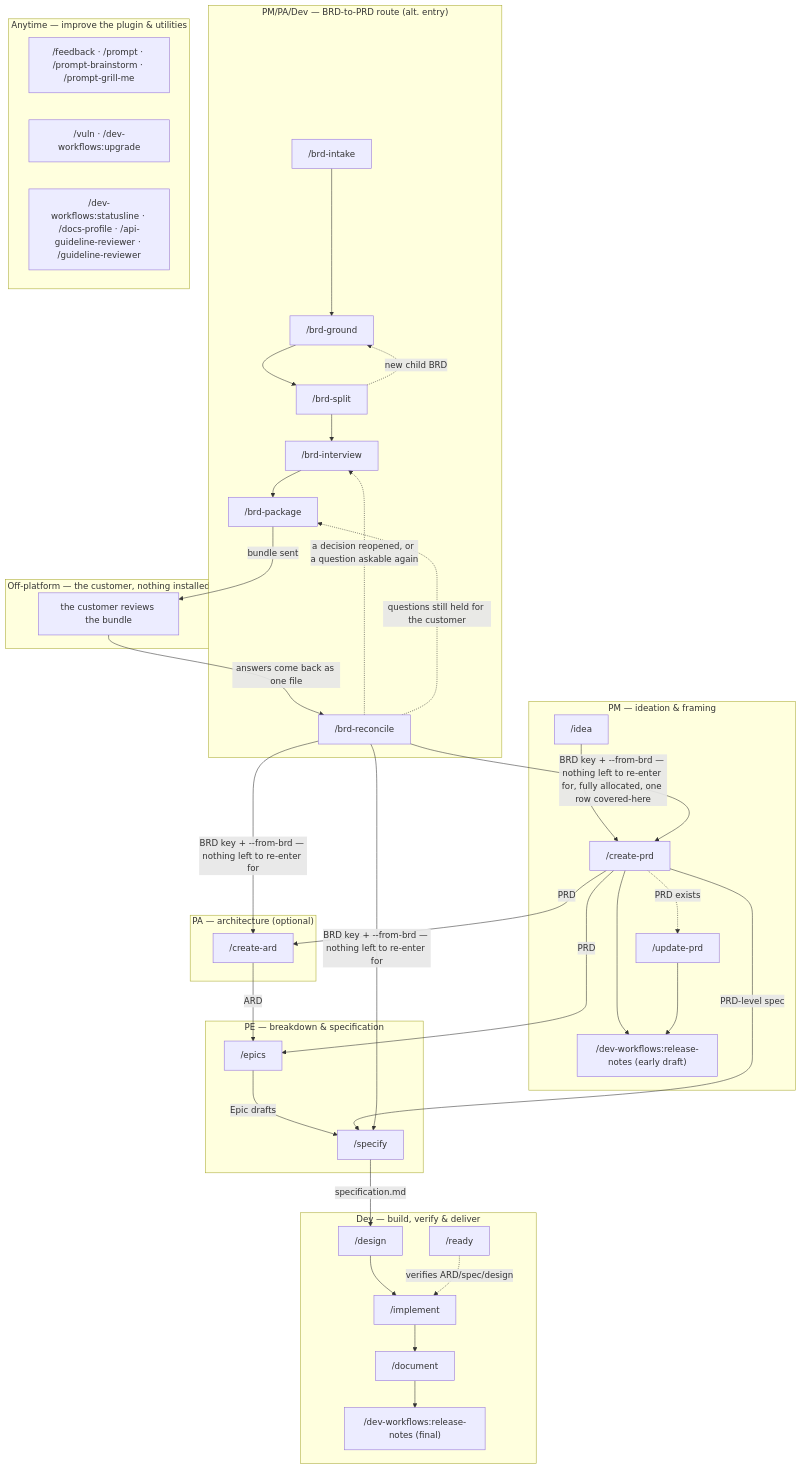
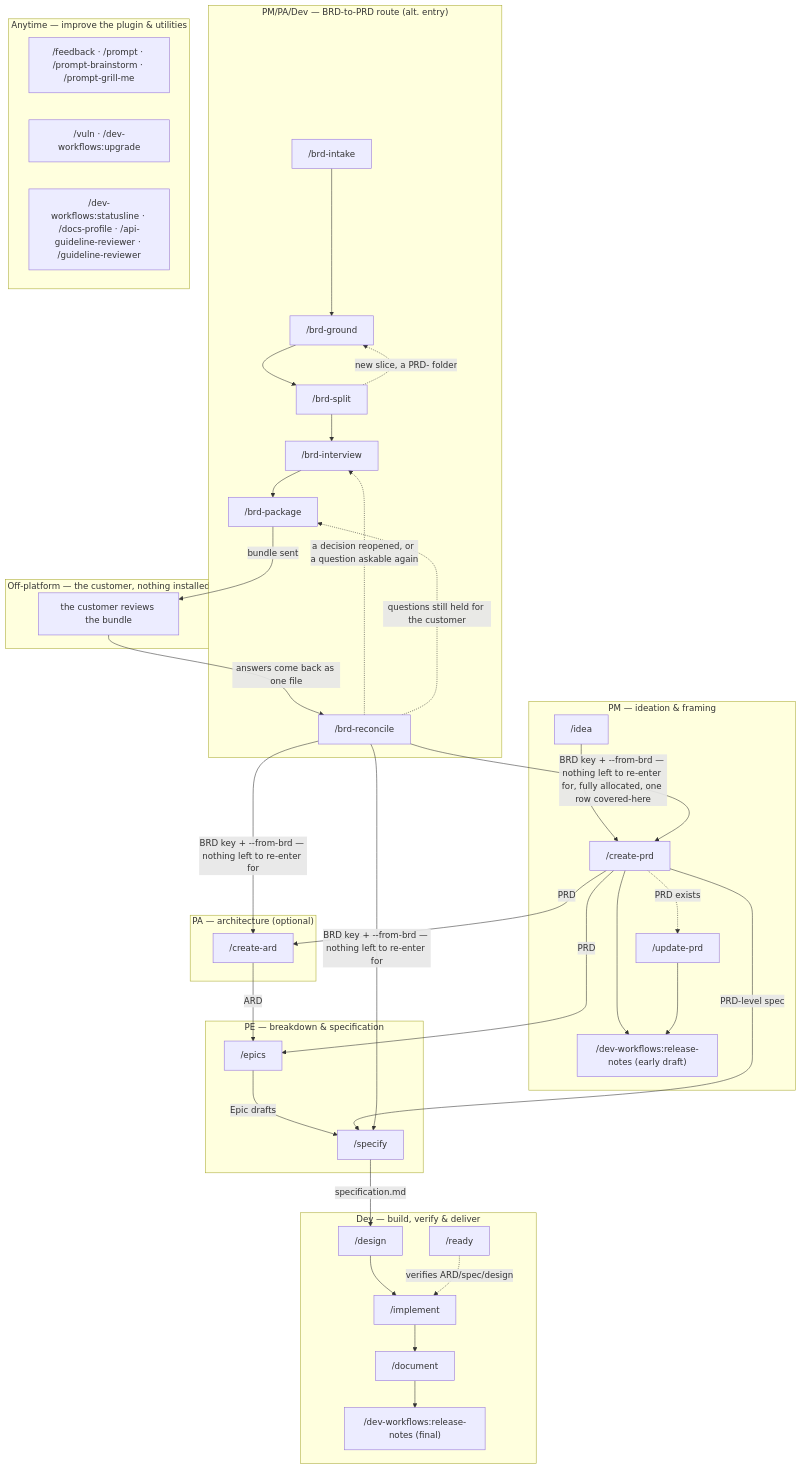
The diagram in plugins/dev-workflows/docs/workflow.md (ihudak/ihudak-claude-plugins), drawn with Mermaid before and after one commit. The commit also changed 19 other files, not shown here.

````diff
--- a/plugins/dev-workflows/docs/workflow.md
+++ b/plugins/dev-workflows/docs/workflow.md
@@ -5,51 +5,51 @@
 ```mermaid
 flowchart TD
     subgraph PM["PM — ideation & framing"]
         idea["/idea"] --> createvi["/create-prd"]
         createvi --> rnpm["/dev-workflows:release-notes (early draft)"]
         createvi -.->|PRD exists| updatevi["/update-prd"]
         updatevi --> rnpm
     end
     subgraph BRD["PM/PA/Dev — BRD-to-PRD route (alt. entry)"]
         brdintake["/brd-intake"] --> brdground["/brd-ground"] --> brdsplit["/brd-split"]
-        brdsplit -.->|new child BRD| brdground
+        brdsplit -.->|new slice, a PRD- folder| brdground
         brdsplit --> brdinterview["/brd-interview"] --> brdpackage["/brd-package"]
         brdreconcile["/brd-reconcile"]
     end
     subgraph CUST["Off-platform — the customer, nothing installed"]
         brdreview["the customer reviews the bundle"]
     end
     subgraph PA["PA — architecture (optional)"]
         createard["/create-ard"]
     end
     subgraph PE["PE — breakdown & specification"]
         epics["/epics"]
         specify["/specify"]
     end
     subgraph DEV["Dev — build, verify & deliver"]
         design["/design"] --> implement["/implement"]
         implement --> document["/document"]
         document --> rndev["/dev-workflows:release-notes (final)"]
         ready["/ready"]
     end
     subgraph ANY["Anytime — improve the plugin & utilities"]
         improve["/feedback · /prompt · /prompt-brainstorm · /prompt-grill-me"]
         maint["/vuln · /dev-workflows:upgrade"]
         tooling["/dev-workflows:statusline · /docs-profile · /api-guideline-reviewer · /guideline-reviewer"]
     end
 
     createvi -->|PRD| createard
     createvi -->|PRD| epics
     createard -->|ARD| epics
     epics -->|Epic drafts| specify
     createvi -->|PRD-level spec| specify
     specify -->|specification.md| design
     ready -. verifies ARD/spec/design .-> implement
     brdpackage -->|bundle sent| brdreview
     brdreview -->|answers come back as one file| brdreconcile
     brdreconcile -.->|a decision reopened, or a question askable again| brdinterview
     brdreconcile -.->|questions still held for the customer| brdpackage
     brdreconcile -->|BRD key + --from-brd — nothing left to re-enter for, fully allocated, one row covered-here| createvi
     brdreconcile -->|BRD key + --from-brd — nothing left to re-enter for| createard
     brdreconcile -->|BRD key + --from-brd — nothing left to re-enter for| specify
 ```
````
